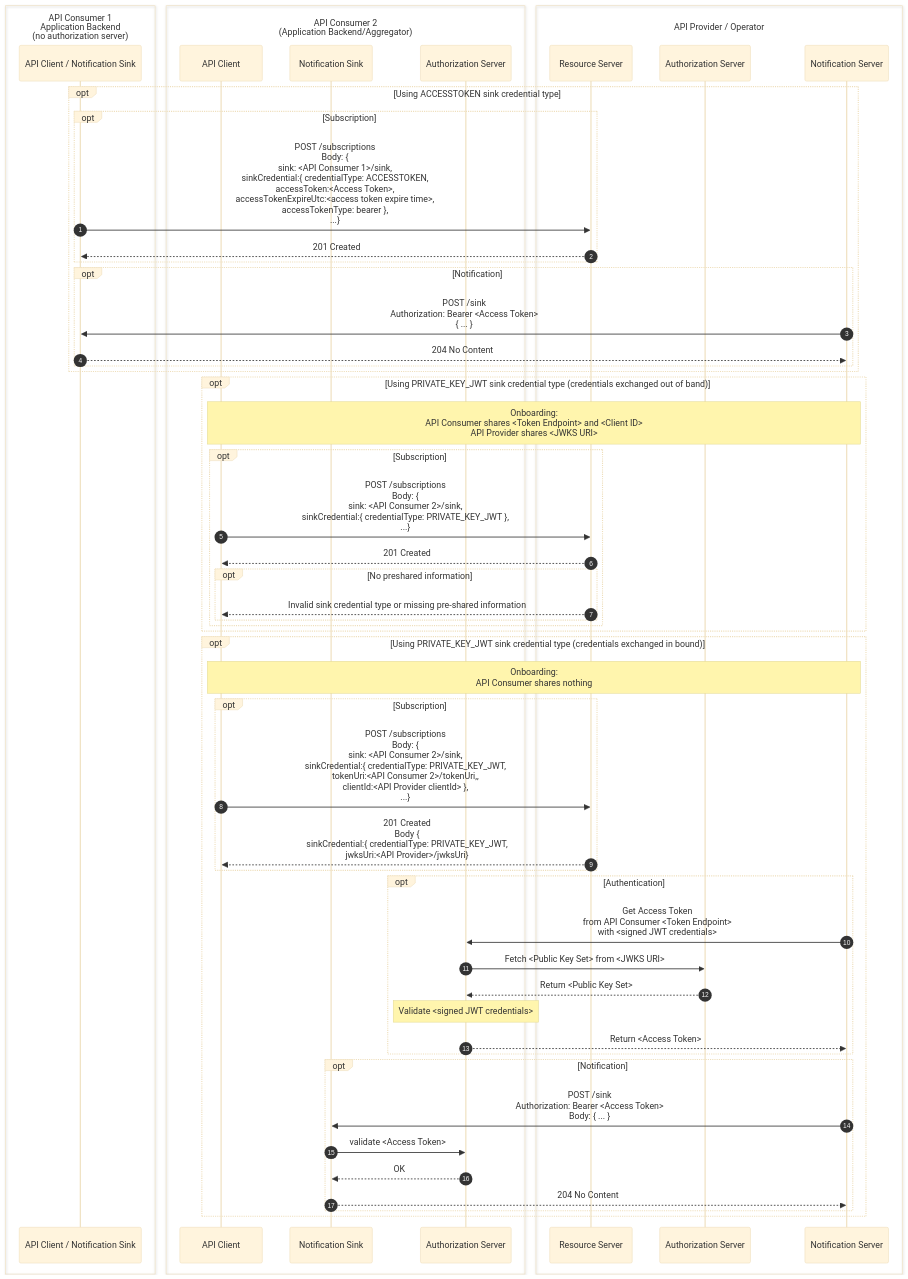
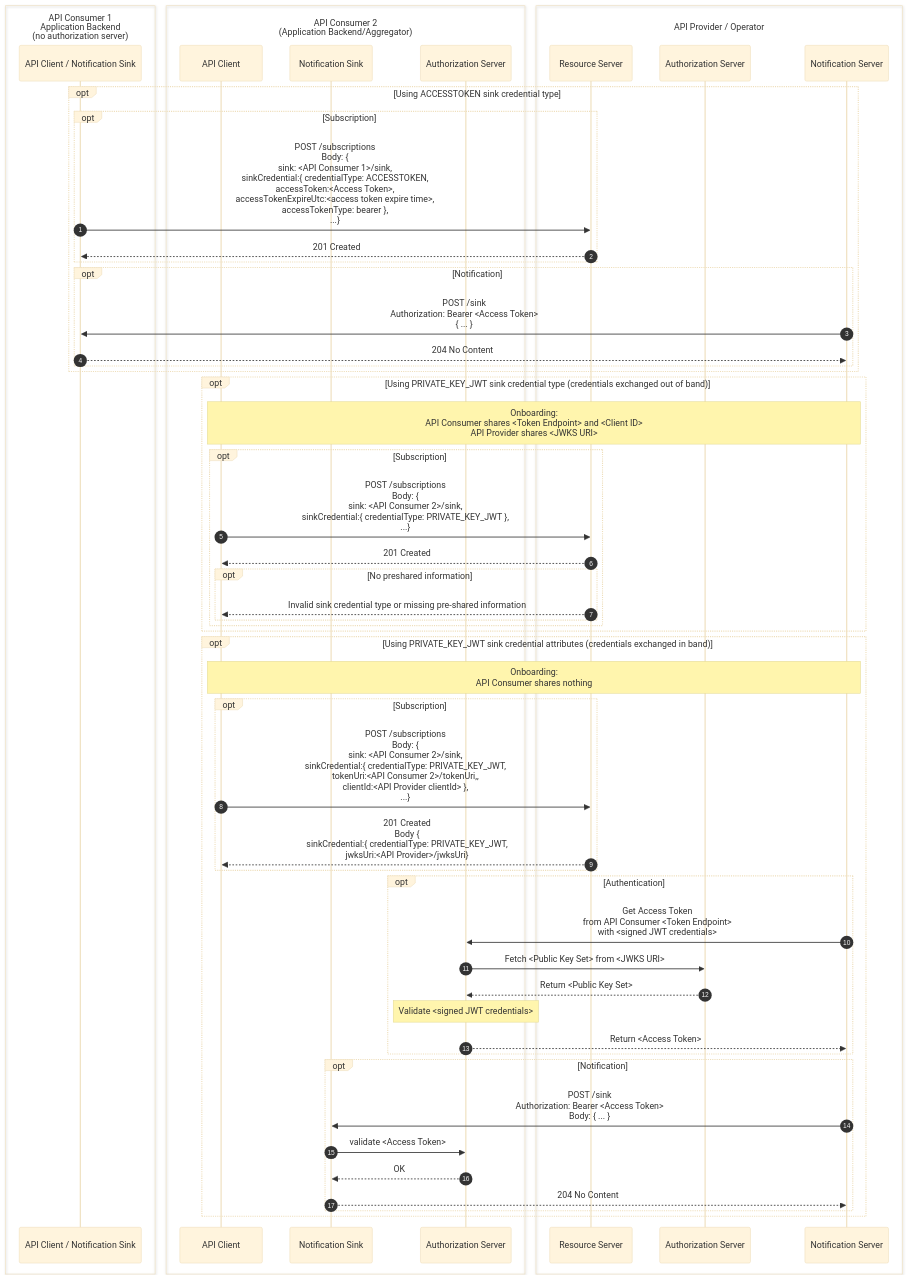
One commit to PedroDiez/Commonalities changed the diagram in documentation/CAMARA-API-Event-Subscription-and-Notification-Guide.md. Above: the diagram before and after it, drawn with Mermaid (base theme).

````diff
--- a/documentation/CAMARA-API-Event-Subscription-and-Notification-Guide.md
+++ b/documentation/CAMARA-API-Event-Subscription-and-Notification-Guide.md
@@ -645,61 +645,61 @@
 ```mermaid
 sequenceDiagram
   autonumber
   box API Consumer 1<br>Application Backend<br>(no authorization server)
     participant appbe as API Client / Notification Sink
   end
   box API Consumer 2<br>(Application Backend/Aggregator)
     participant appclient as API Client 
     participant appres as Notification Sink 
     participant appauth as Authorization Server
   end
   box API Provider / Operator
     participant cspres as Resource Server
     participant cspauth as Authorization Server
     participant cspclient as Notification Server
   end
 
    
   opt Using ACCESSTOKEN sink credential type
     opt Subscription
       appbe ->> cspres: POST /subscriptions<br>Body: {<br>sink: <API Consumer 1>/sink,<br>sinkCredential:{ credentialType: ACCESSTOKEN,<br>accessToken:<Access Token>,<br>accessTokenExpireUtc:<access token expire time>,<br>accessTokenType: bearer },<br>...}
       cspres -->> appbe: 201 Created
     end
     opt Notification
       cspclient ->> appbe: POST /sink<br>Authorization: Bearer <Access Token><br>{ ... }
       appbe -->> cspclient: 204 No Content
     end
   end
 
   opt Using PRIVATE_KEY_JWT sink credential type (credentials exchanged out of band)
     note over appclient,cspclient: Onboarding: <br> API Consumer shares <Token Endpoint> and <Client ID><br>API Provider shares <JWKS URI>
     opt Subscription
       appclient ->> cspres: POST /subscriptions<br>Body: {<br>sink: <API Consumer 2>/sink,<br>sinkCredential:{ credentialType: PRIVATE_KEY_JWT },<br>...}
       cspres -->> appclient: 201 Created
       opt No preshared information
       cspres -->> appclient: Invalid sink credential type or missing pre-shared information 
       end
     end
   end
-  opt Using PRIVATE_KEY_JWT sink credential type (credentials exchanged in bound)
+  opt Using PRIVATE_KEY_JWT sink credential attributes (credentials exchanged in band)
     note over appclient,cspclient: Onboarding: <br> API Consumer shares nothing
     opt Subscription
     appclient ->> cspres: POST /subscriptions<br>Body: {<br>sink: <API Consumer 2>/sink,<br>sinkCredential:{ credentialType: PRIVATE_KEY_JWT,<br> tokenUri:<API Consumer 2>/tokenUri,,<br> clientId:<API Provider clientId> },<br>...}
     cspres -->> appclient: 201 Created<br>Body {<br>sinkCredential:{ credentialType: PRIVATE_KEY_JWT,<br> jwksUri:<API Provider>/jwksUri}
   end
     opt Authentication
       cspclient->>appauth: Get Access Token<br>from API Consumer <Token Endpoint><br>with <signed JWT credentials>
       appauth->>cspauth: Fetch <Public Key Set> from <JWKS URI>
       cspauth-->>appauth: Return <Public Key Set>
       note over appauth: Validate <signed JWT credentials>
       appauth-->>cspclient: Return <Access Token>
     end
 
     opt Notification
       cspclient ->> appres: POST /sink<br>Authorization: Bearer <Access Token><br>Body: { ... }
       appres->>appauth: validate <Access Token>
       appauth-->>appres: OK
       appres -->> cspclient: 204 No Content
     end
   end
 ```
````
